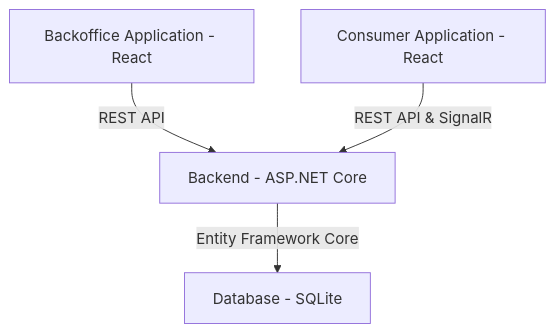
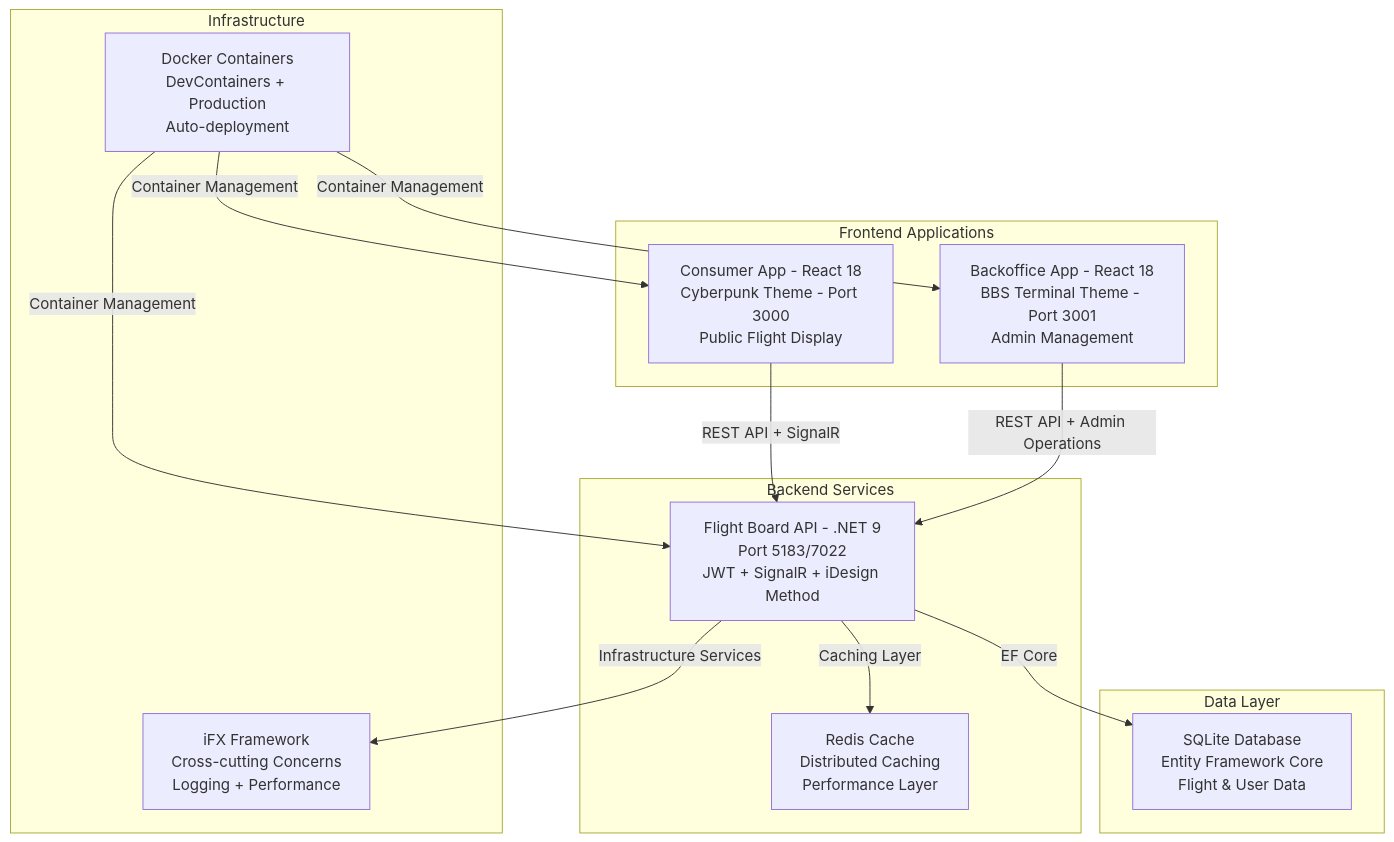
One commit to jsolarz/fligh_board-rt-ms changed the first of 11 diagrams in docs/software_design_document.md. Above: the diagram before and after it, drawn with Mermaid. The commit also changed other lines of this file and 66 other files, not shown here.

````diff
--- a/docs/software_design_document.md
+++ b/docs/software_design_document.md
@@ -43,6 +55,30 @@
 ```mermaid
-graph TD
-    A[Backoffice Application - React] -->|REST API| B[Backend - ASP.NET Core]
-    C[Consumer Application - React] -->|REST API & SignalR| B
-    B -->|Entity Framework Core| D[Database - SQLite]
+graph TB
+    subgraph "Frontend Applications"
+        A[Consumer App - React 18<br/>Cyberpunk Theme - Port 3000<br/>Public Flight Display]
+        B[Backoffice App - React 18<br/>BBS Terminal Theme - Port 3001<br/>Admin Management]
+    end
+    
+    subgraph "Backend Services"
+        C[Flight Board API - .NET 9<br/>Port 5183/7022<br/>JWT + SignalR + iDesign Method]
+        D[Redis Cache<br/>Distributed Caching<br/>Performance Layer]
+    end
+    
+    subgraph "Data Layer"
+        E[SQLite Database<br/>Entity Framework Core<br/>Flight & User Data]
+    end
+    
+    subgraph "Infrastructure"
+        F[Docker Containers<br/>DevContainers + Production<br/>Auto-deployment]
+        G[iFX Framework<br/>Cross-cutting Concerns<br/>Logging + Performance]
+    end
+    
+    A -->|REST API + SignalR| C
+    B -->|REST API + Admin Operations| C
+    C -->|EF Core| E
+    C -->|Caching Layer| D
+    C -->|Infrastructure Services| G
+    F -->|Container Management| A
+    F -->|Container Management| B
+    F -->|Container Management| C
 ```
````
